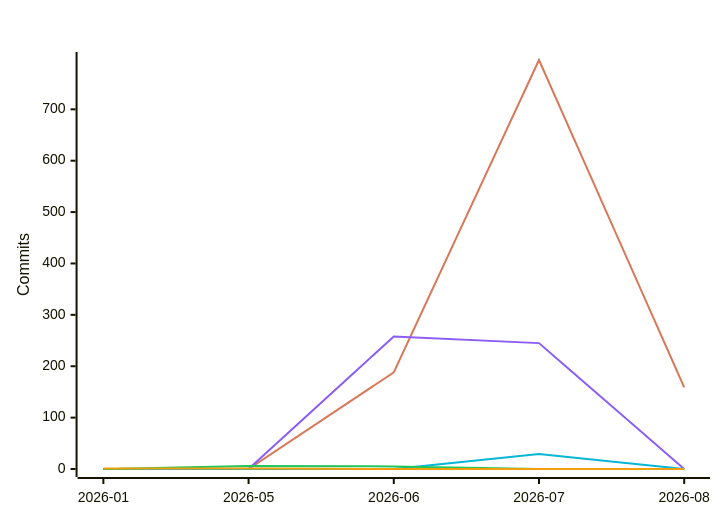
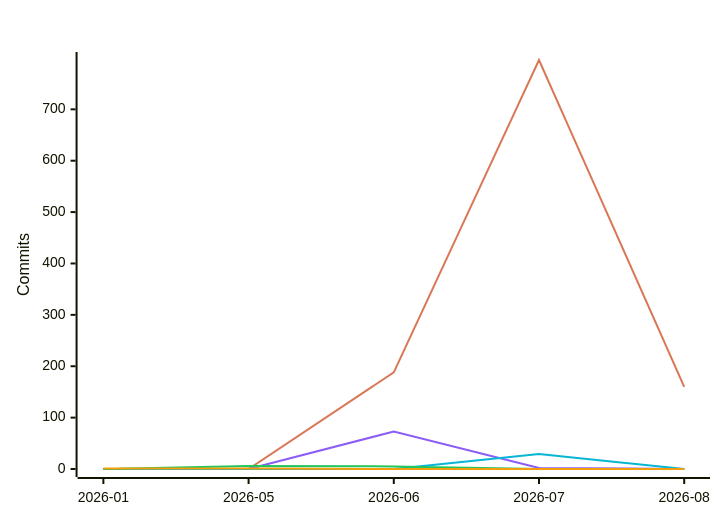
The fifth of 7 diagrams in README.md (polo-nyan/polo-nyan), drawn with Mermaid before and after one commit. The commit also changed other lines of this file and 1 other file, not shown here.

````diff
--- a/README.md
+++ b/README.md
@@ -313,12 +313,12 @@
 ```mermaid
 %%{init: {"xyChart": {"titleColor": "#ffffff", "xAxisLabelColor": "#ffffff", "yAxisLabelColor": "#ffffff"}, "themeVariables": {"xyChart": {"titleColor": "#ffffff", "plotColorPalette": "#d97757, #8b5cf6, #06b6d4, #22c55e, #f59e0b, #ec4899"}}}}%%
 xychart-beta
     title "Commits Per Month by Model Family"
     x-axis ["2026-01", "2026-05", "2026-06", "2026-07", "2026-08"]
     y-axis "Commits"
-    line [0, 0, 188, 796, 159]
-    line [0, 0, 258, 245, 0]
+    line [0, 0, 188, 796, 160]
+    line [0, 0, 73, 2, 0]
     line [0, 0, 0, 29, 0]
     line [0, 6, 5, 0, 0]
     line [1, 1, 0, 0, 0]
 ```
````
